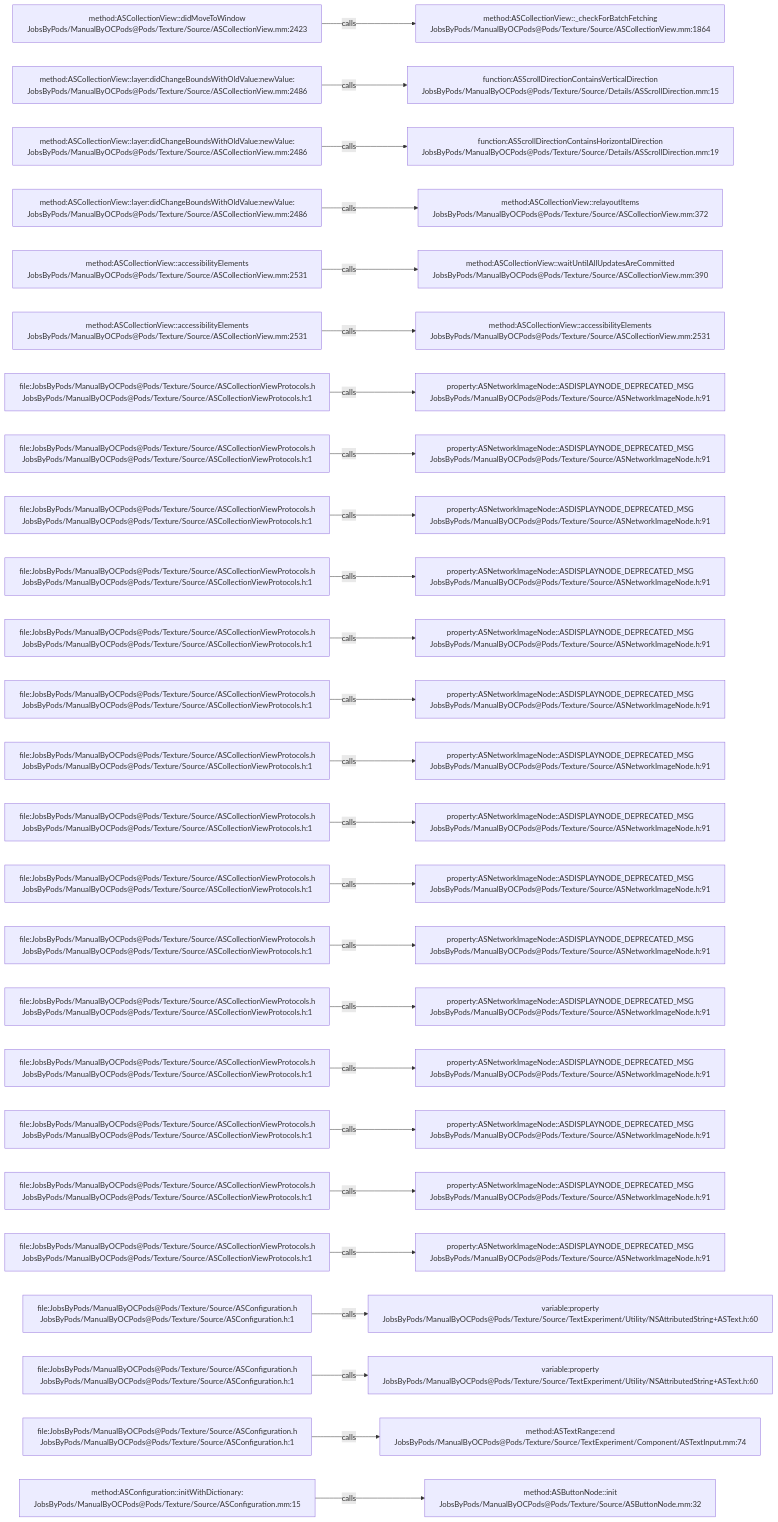
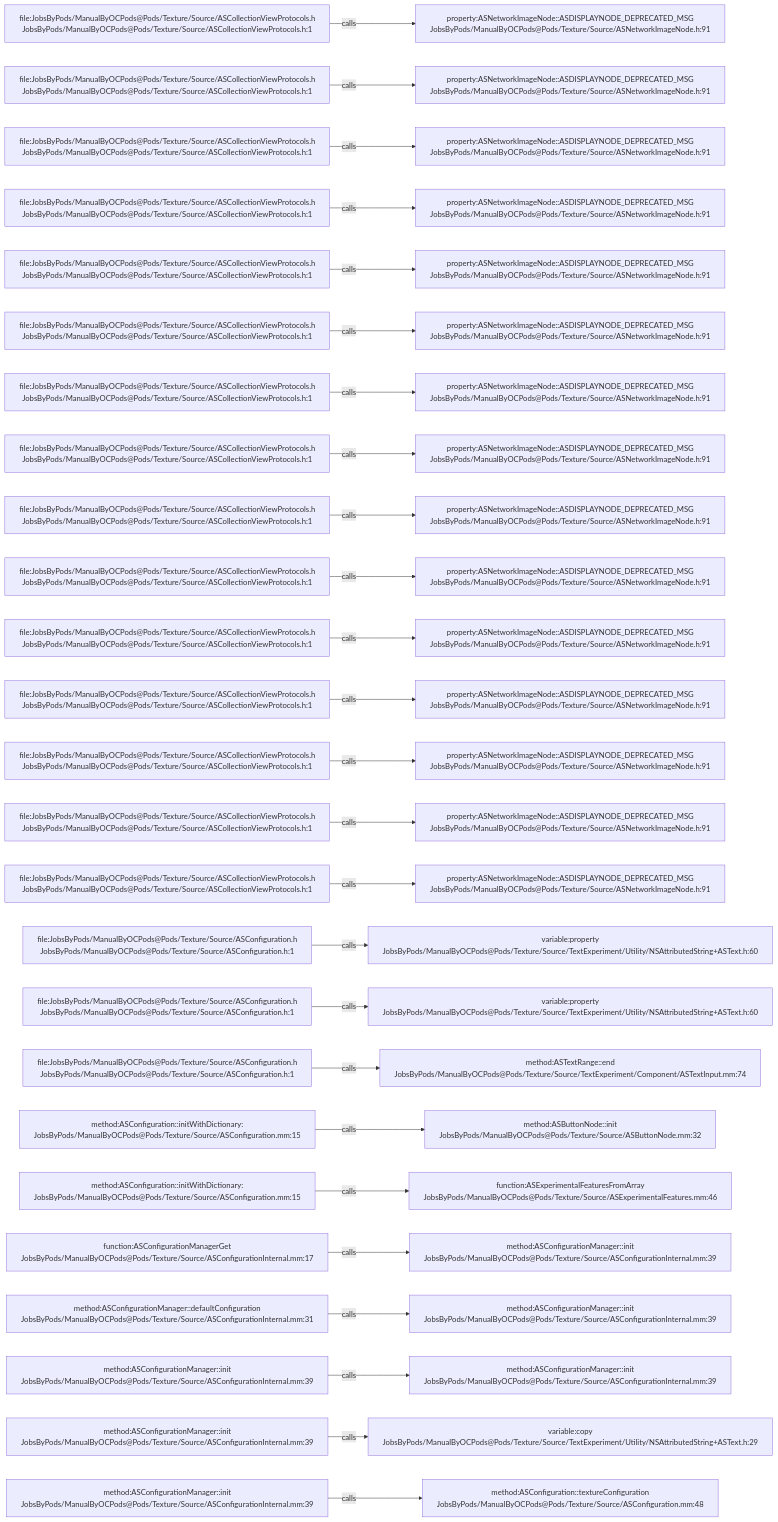
The diagram in .codegraph/codegraph.md/graphs/calls-077.md (JobsKits/JobsOCBaseConfigDemo), drawn with Mermaid before and after one commit. The commit also changed 666 other files, not shown here.

````diff
--- a/.codegraph/codegraph.md/graphs/calls-077.md
+++ b/.codegraph/codegraph.md/graphs/calls-077.md
@@ -13,78 +13,78 @@
 ```mermaid
 flowchart LR
-  S1["method:ASCollectionView::didMoveToWindow<br/>JobsByPods/ManualByOCPods@Pods/Texture/Source/ASCollectionView.mm:2423"]
-  T1["method:ASCollectionView::_checkForBatchFetching<br/>JobsByPods/ManualByOCPods@Pods/Texture/Source/ASCollectionView.mm:1864"]
+  S1["file:JobsByPods/ManualByOCPods@Pods/Texture/Source/ASCollectionViewProtocols.h<br/>JobsByPods/ManualByOCPods@Pods/Texture/Source/ASCollectionViewProtocols.h:1"]
+  T1["property:ASNetworkImageNode::ASDISPLAYNODE_DEPRECATED_MSG<br/>JobsByPods/ManualByOCPods@Pods/Texture/Source/ASNetworkImageNode.h:91"]
   S1 -->|calls| T1
-  S2["method:ASCollectionView::layer:didChangeBoundsWithOldValue:newValue:<br/>JobsByPods/ManualByOCPods@Pods/Texture/Source/ASCollectionView.mm:2486"]
-  T2["function:ASScrollDirectionContainsVerticalDirection<br/>JobsByPods/ManualByOCPods@Pods/Texture/Source/Details/ASScrollDirection.mm:15"]
+  S2["file:JobsByPods/ManualByOCPods@Pods/Texture/Source/ASCollectionViewProtocols.h<br/>JobsByPods/ManualByOCPods@Pods/Texture/Source/ASCollectionViewProtocols.h:1"]
+  T2["property:ASNetworkImageNode::ASDISPLAYNODE_DEPRECATED_MSG<br/>JobsByPods/ManualByOCPods@Pods/Texture/Source/ASNetworkImageNode.h:91"]
   S2 -->|calls| T2
-  S3["method:ASCollectionView::layer:didChangeBoundsWithOldValue:newValue:<br/>JobsByPods/ManualByOCPods@Pods/Texture/Source/ASCollectionView.mm:2486"]
-  T3["function:ASScrollDirectionContainsHorizontalDirection<br/>JobsByPods/ManualByOCPods@Pods/Texture/Source/Details/ASScrollDirection.mm:19"]
+  S3["file:JobsByPods/ManualByOCPods@Pods/Texture/Source/ASCollectionViewProtocols.h<br/>JobsByPods/ManualByOCPods@Pods/Texture/Source/ASCollectionViewProtocols.h:1"]
+  T3["property:ASNetworkImageNode::ASDISPLAYNODE_DEPRECATED_MSG<br/>JobsByPods/ManualByOCPods@Pods/Texture/Source/ASNetworkImageNode.h:91"]
   S3 -->|calls| T3
-  S4["method:ASCollectionView::layer:didChangeBoundsWithOldValue:newValue:<br/>JobsByPods/ManualByOCPods@Pods/Texture/Source/ASCollectionView.mm:2486"]
-  T4["method:ASCollectionView::relayoutItems<br/>JobsByPods/ManualByOCPods@Pods/Texture/Source/ASCollectionView.mm:372"]
+  S4["file:JobsByPods/ManualByOCPods@Pods/Texture/Source/ASCollectionViewProtocols.h<br/>JobsByPods/ManualByOCPods@Pods/Texture/Source/ASCollectionViewProtocols.h:1"]
+  T4["property:ASNetworkImageNode::ASDISPLAYNODE_DEPRECATED_MSG<br/>JobsByPods/ManualByOCPods@Pods/Texture/Source/ASNetworkImageNode.h:91"]
   S4 -->|calls| T4
-  S5["method:ASCollectionView::accessibilityElements<br/>JobsByPods/ManualByOCPods@Pods/Texture/Source/ASCollectionView.mm:2531"]
-  T5["method:ASCollectionView::waitUntilAllUpdatesAreCommitted<br/>JobsByPods/ManualByOCPods@Pods/Texture/Source/ASCollectionView.mm:390"]
+  S5["file:JobsByPods/ManualByOCPods@Pods/Texture/Source/ASCollectionViewProtocols.h<br/>JobsByPods/ManualByOCPods@Pods/Texture/Source/ASCollectionViewProtocols.h:1"]
+  T5["property:ASNetworkImageNode::ASDISPLAYNODE_DEPRECATED_MSG<br/>JobsByPods/ManualByOCPods@Pods/Texture/Source/ASNetworkImageNode.h:91"]
   S5 -->|calls| T5
-  S6["method:ASCollectionView::accessibilityElements<br/>JobsByPods/ManualByOCPods@Pods/Texture/Source/ASCollectionView.mm:2531"]
-  T6["method:ASCollectionView::accessibilityElements<br/>JobsByPods/ManualByOCPods@Pods/Texture/Source/ASCollectionView.mm:2531"]
+  S6["file:JobsByPods/ManualByOCPods@Pods/Texture/Source/ASCollectionViewProtocols.h<br/>JobsByPods/ManualByOCPods@Pods/Texture/Source/ASCollectionViewProtocols.h:1"]
+  T6["property:ASNetworkImageNode::ASDISPLAYNODE_DEPRECATED_MSG<br/>JobsByPods/ManualByOCPods@Pods/Texture/Source/ASNetworkImageNode.h:91"]
   S6 -->|calls| T6
   S7["file:JobsByPods/ManualByOCPods@Pods/Texture/Source/ASCollectionViewProtocols.h<br/>JobsByPods/ManualByOCPods@Pods/Texture/Source/ASCollectionViewProtocols.h:1"]
   T7["property:ASNetworkImageNode::ASDISPLAYNODE_DEPRECATED_MSG<br/>JobsByPods/ManualByOCPods@Pods/Texture/Source/ASNetworkImageNode.h:91"]
   S7 -->|calls| T7
   S8["file:JobsByPods/ManualByOCPods@Pods/Texture/Source/ASCollectionViewProtocols.h<br/>JobsByPods/ManualByOCPods@Pods/Texture/Source/ASCollectionViewProtocols.h:1"]
   T8["property:ASNetworkImageNode::ASDISPLAYNODE_DEPRECATED_MSG<br/>JobsByPods/ManualByOCPods@Pods/Texture/Source/ASNetworkImageNode.h:91"]
   S8 -->|calls| T8
   S9["file:JobsByPods/ManualByOCPods@Pods/Texture/Source/ASCollectionViewProtocols.h<br/>JobsByPods/ManualByOCPods@Pods/Texture/Source/ASCollectionViewProtocols.h:1"]
   T9["property:ASNetworkImageNode::ASDISPLAYNODE_DEPRECATED_MSG<br/>JobsByPods/ManualByOCPods@Pods/Texture/Source/ASNetworkImageNode.h:91"]
   S9 -->|calls| T9
   S10["file:JobsByPods/ManualByOCPods@Pods/Texture/Source/ASCollectionViewProtocols.h<br/>JobsByPods/ManualByOCPods@Pods/Texture/Source/ASCollectionViewProtocols.h:1"]
   T10["property:ASNetworkImageNode::ASDISPLAYNODE_DEPRECATED_MSG<br/>JobsByPods/ManualByOCPods@Pods/Texture/Source/ASNetworkImageNode.h:91"]
   S10 -->|calls| T10
   S11["file:JobsByPods/ManualByOCPods@Pods/Texture/Source/ASCollectionViewProtocols.h<br/>JobsByPods/ManualByOCPods@Pods/Texture/Source/ASCollectionViewProtocols.h:1"]
   T11["property:ASNetworkImageNode::ASDISPLAYNODE_DEPRECATED_MSG<br/>JobsByPods/ManualByOCPods@Pods/Texture/Source/ASNetworkImageNode.h:91"]
   S11 -->|calls| T11
   S12["file:JobsByPods/ManualByOCPods@Pods/Texture/Source/ASCollectionViewProtocols.h<br/>JobsByPods/ManualByOCPods@Pods/Texture/Source/ASCollectionViewProtocols.h:1"]
   T12["property:ASNetworkImageNode::ASDISPLAYNODE_DEPRECATED_MSG<br/>JobsByPods/ManualByOCPods@Pods/Texture/Source/ASNetworkImageNode.h:91"]
   S12 -->|calls| T12
   S13["file:JobsByPods/ManualByOCPods@Pods/Texture/Source/ASCollectionViewProtocols.h<br/>JobsByPods/ManualByOCPods@Pods/Texture/Source/ASCollectionViewProtocols.h:1"]
   T13["property:ASNetworkImageNode::ASDISPLAYNODE_DEPRECATED_MSG<br/>JobsByPods/ManualByOCPods@Pods/Texture/Source/ASNetworkImageNode.h:91"]
   S13 -->|calls| T13
   S14["file:JobsByPods/ManualByOCPods@Pods/Texture/Source/ASCollectionViewProtocols.h<br/>JobsByPods/ManualByOCPods@Pods/Texture/Source/ASCollectionViewProtocols.h:1"]
   T14["property:ASNetworkImageNode::ASDISPLAYNODE_DEPRECATED_MSG<br/>JobsByPods/ManualByOCPods@Pods/Texture/Source/ASNetworkImageNode.h:91"]
   S14 -->|calls| T14
   S15["file:JobsByPods/ManualByOCPods@Pods/Texture/Source/ASCollectionViewProtocols.h<br/>JobsByPods/ManualByOCPods@Pods/Texture/Source/ASCollectionViewProtocols.h:1"]
   T15["property:ASNetworkImageNode::ASDISPLAYNODE_DEPRECATED_MSG<br/>JobsByPods/ManualByOCPods@Pods/Texture/Source/ASNetworkImageNode.h:91"]
   S15 -->|calls| T15
-  S16["file:JobsByPods/ManualByOCPods@Pods/Texture/Source/ASCollectionViewProtocols.h<br/>JobsByPods/ManualByOCPods@Pods/Texture/Source/ASCollectionViewProtocols.h:1"]
-  T16["property:ASNetworkImageNode::ASDISPLAYNODE_DEPRECATED_MSG<br/>JobsByPods/ManualByOCPods@Pods/Texture/Source/ASNetworkImageNode.h:91"]
+  S16["file:JobsByPods/ManualByOCPods@Pods/Texture/Source/ASConfiguration.h<br/>JobsByPods/ManualByOCPods@Pods/Texture/Source/ASConfiguration.h:1"]
+  T16["variable:property<br/>JobsByPods/ManualByOCPods@Pods/Texture/Source/TextExperiment/Utility/NSAttributedString+ASText.h:60"]
   S16 -->|calls| T16
-  S17["file:JobsByPods/ManualByOCPods@Pods/Texture/Source/ASCollectionViewProtocols.h<br/>JobsByPods/ManualByOCPods@Pods/Texture/Source/ASCollectionViewProtocols.h:1"]
-  T17["property:ASNetworkImageNode::ASDISPLAYNODE_DEPRECATED_MSG<br/>JobsByPods/ManualByOCPods@Pods/Texture/Source/ASNetworkImageNode.h:91"]
+  S17["file:JobsByPods/ManualByOCPods@Pods/Texture/Source/ASConfiguration.h<br/>JobsByPods/ManualByOCPods@Pods/Texture/Source/ASConfiguration.h:1"]
+  T17["variable:property<br/>JobsByPods/ManualByOCPods@Pods/Texture/Source/TextExperiment/Utility/NSAttributedString+ASText.h:60"]
   S17 -->|calls| T17
-  S18["file:JobsByPods/ManualByOCPods@Pods/Texture/Source/ASCollectionViewProtocols.h<br/>JobsByPods/ManualByOCPods@Pods/Texture/Source/ASCollectionViewProtocols.h:1"]
-  T18["property:ASNetworkImageNode::ASDISPLAYNODE_DEPRECATED_MSG<br/>JobsByPods/ManualByOCPods@Pods/Texture/Source/ASNetworkImageNode.h:91"]
+  S18["file:JobsByPods/ManualByOCPods@Pods/Texture/Source/ASConfiguration.h<br/>JobsByPods/ManualByOCPods@Pods/Texture/Source/ASConfiguration.h:1"]
+  T18["method:ASTextRange::end<br/>JobsByPods/ManualByOCPods@Pods/Texture/Source/TextExperiment/Component/ASTextInput.mm:74"]
   S18 -->|calls| T18
-  S19["file:JobsByPods/ManualByOCPods@Pods/Texture/Source/ASCollectionViewProtocols.h<br/>JobsByPods/ManualByOCPods@Pods/Texture/Source/ASCollectionViewProtocols.h:1"]
-  T19["property:ASNetworkImageNode::ASDISPLAYNODE_DEPRECATED_MSG<br/>JobsByPods/ManualByOCPods@Pods/Texture/Source/ASNetworkImageNode.h:91"]
+  S19["method:ASConfiguration::initWithDictionary:<br/>JobsByPods/ManualByOCPods@Pods/Texture/Source/ASConfiguration.mm:15"]
+  T19["method:ASButtonNode::init<br/>JobsByPods/ManualByOCPods@Pods/Texture/Source/ASButtonNode.mm:32"]
   S19 -->|calls| T19
-  S20["file:JobsByPods/ManualByOCPods@Pods/Texture/Source/ASCollectionViewProtocols.h<br/>JobsByPods/ManualByOCPods@Pods/Texture/Source/ASCollectionViewProtocols.h:1"]
-  T20["property:ASNetworkImageNode::ASDISPLAYNODE_DEPRECATED_MSG<br/>JobsByPods/ManualByOCPods@Pods/Texture/Source/ASNetworkImageNode.h:91"]
+  S20["method:ASConfiguration::initWithDictionary:<br/>JobsByPods/ManualByOCPods@Pods/Texture/Source/ASConfiguration.mm:15"]
+  T20["function:ASExperimentalFeaturesFromArray<br/>JobsByPods/ManualByOCPods@Pods/Texture/Source/ASExperimentalFeatures.mm:46"]
   S20 -->|calls| T20
-  S21["file:JobsByPods/ManualByOCPods@Pods/Texture/Source/ASCollectionViewProtocols.h<br/>JobsByPods/ManualByOCPods@Pods/Texture/Source/ASCollectionViewProtocols.h:1"]
-  T21["property:ASNetworkImageNode::ASDISPLAYNODE_DEPRECATED_MSG<br/>JobsByPods/ManualByOCPods@Pods/Texture/Source/ASNetworkImageNode.h:91"]
+  S21["function:ASConfigurationManagerGet<br/>JobsByPods/ManualByOCPods@Pods/Texture/Source/ASConfigurationInternal.mm:17"]
+  T21["method:ASConfigurationManager::init<br/>JobsByPods/ManualByOCPods@Pods/Texture/Source/ASConfigurationInternal.mm:39"]
   S21 -->|calls| T21
-  S22["file:JobsByPods/ManualByOCPods@Pods/Texture/Source/ASConfiguration.h<br/>JobsByPods/ManualByOCPods@Pods/Texture/Source/ASConfiguration.h:1"]
-  T22["variable:property<br/>JobsByPods/ManualByOCPods@Pods/Texture/Source/TextExperiment/Utility/NSAttributedString+ASText.h:60"]
+  S22["method:ASConfigurationManager::defaultConfiguration<br/>JobsByPods/ManualByOCPods@Pods/Texture/Source/ASConfigurationInternal.mm:31"]
+  T22["method:ASConfigurationManager::init<br/>JobsByPods/ManualByOCPods@Pods/Texture/Source/ASConfigurationInternal.mm:39"]
   S22 -->|calls| T22
-  S23["file:JobsByPods/ManualByOCPods@Pods/Texture/Source/ASConfiguration.h<br/>JobsByPods/ManualByOCPods@Pods/Texture/Source/ASConfiguration.h:1"]
-  T23["variable:property<br/>JobsByPods/ManualByOCPods@Pods/Texture/Source/TextExperiment/Utility/NSAttributedString+ASText.h:60"]
+  S23["method:ASConfigurationManager::init<br/>JobsByPods/ManualByOCPods@Pods/Texture/Source/ASConfigurationInternal.mm:39"]
+  T23["method:ASConfigurationManager::init<br/>JobsByPods/ManualByOCPods@Pods/Texture/Source/ASConfigurationInternal.mm:39"]
   S23 -->|calls| T23
-  S24["file:JobsByPods/ManualByOCPods@Pods/Texture/Source/ASConfiguration.h<br/>JobsByPods/ManualByOCPods@Pods/Texture/Source/ASConfiguration.h:1"]
-  T24["method:ASTextRange::end<br/>JobsByPods/ManualByOCPods@Pods/Texture/Source/TextExperiment/Component/ASTextInput.mm:74"]
+  S24["method:ASConfigurationManager::init<br/>JobsByPods/ManualByOCPods@Pods/Texture/Source/ASConfigurationInternal.mm:39"]
+  T24["variable:copy<br/>JobsByPods/ManualByOCPods@Pods/Texture/Source/TextExperiment/Utility/NSAttributedString+ASText.h:29"]
   S24 -->|calls| T24
-  S25["method:ASConfiguration::initWithDictionary:<br/>JobsByPods/ManualByOCPods@Pods/Texture/Source/ASConfiguration.mm:15"]
-  T25["method:ASButtonNode::init<br/>JobsByPods/ManualByOCPods@Pods/Texture/Source/ASButtonNode.mm:32"]
+  S25["method:ASConfigurationManager::init<br/>JobsByPods/ManualByOCPods@Pods/Texture/Source/ASConfigurationInternal.mm:39"]
+  T25["method:ASConfiguration::textureConfiguration<br/>JobsByPods/ManualByOCPods@Pods/Texture/Source/ASConfiguration.mm:48"]
   S25 -->|calls| T25
 ```
````
